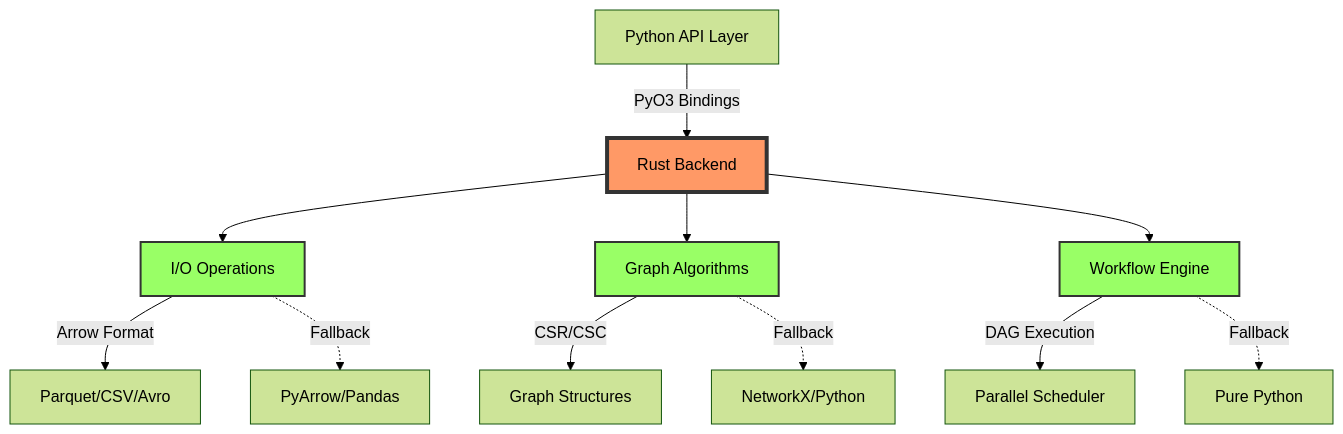
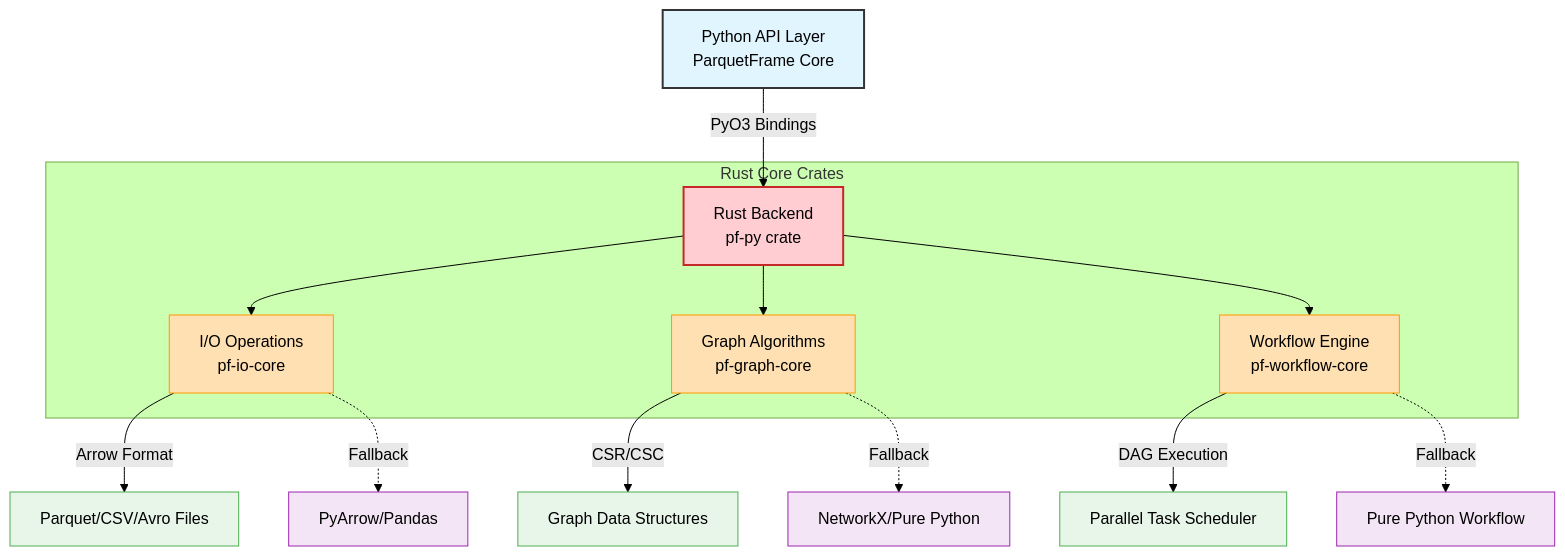
The diagram in docs/rust-acceleration/architecture.md (leechristophermurray/parquetframe), drawn with Mermaid (forest theme) before and after one commit. The commit also changed other lines of this file and 5 other files, not shown here.

First line of the commit message:
docs(rust): enhance Rust acceleration documentation with mermaid diagrams

````diff
--- a/docs/rust-acceleration/architecture.md
+++ b/docs/rust-acceleration/architecture.md
@@ -28,20 +27,30 @@
 ```mermaid
 graph TD
-    A[Python API Layer] -->|PyO3 Bindings| B[Rust Backend]
-    B --> C[I/O Operations]
-    B --> D[Graph Algorithms]
-    B --> E[Workflow Engine]
+    PythonAPI[Python API Layer<br/>ParquetFrame Core] -->|PyO3 Bindings| RustBackend[Rust Backend<br/>pf-py crate]
 
-    C -->|Arrow Format| F[Parquet/CSV/Avro]
-    D -->|CSR/CSC| G[Graph Structures]
-    E -->|DAG Execution| H[Parallel Scheduler]
+    subgraph Rust Core Crates
+        RustBackend --> IO[I/O Operations<br/>pf-io-core]
+        RustBackend --> Graph[Graph Algorithms<br/>pf-graph-core]
+        RustBackend --> Workflow[Workflow Engine<br/>pf-workflow-core]
+    end
 
-    C -.->|Fallback| I[PyArrow/Pandas]
-    D -.->|Fallback| J[NetworkX/Python]
-    E -.->|Fallback| K[Pure Python]
+    IO -->|Arrow Format| DataSources[Parquet/CSV/Avro Files]
+    Graph -->|CSR/CSC| GraphStructures[Graph Data Structures]
+    Workflow -->|DAG Execution| ParallelScheduler[Parallel Task Scheduler]
 
-    style B fill:#f96,stroke:#333,stroke-width:4px
-    style C fill:#9f6,stroke:#333,stroke-width:2px
-    style D fill:#9f6,stroke:#333,stroke-width:2px
-    style E fill:#9f6,stroke:#333,stroke-width:2px
+    IO -.->|Fallback| PyArrowPandas[PyArrow/Pandas]
+    Graph -.->|Fallback| NetworkXPython[NetworkX/Pure Python]
+    Workflow -.->|Fallback| PurePythonWorkflow[Pure Python Workflow]
+
+    style PythonAPI fill:#e1f5fe,stroke:#333,stroke-width:2px
+    style RustBackend fill:#ffcdd2,stroke:#c62828,stroke-width:2px
+    style IO fill:#ffe0b2,stroke:#ff9800,stroke-width:1px
+    style Graph fill:#ffe0b2,stroke:#ff9800,stroke-width:1px
+    style Workflow fill:#ffe0b2,stroke:#ff9800,stroke-width:1px
+    style DataSources fill:#e8f5e9,stroke:#4caf50,stroke-width:1px
+    style GraphStructures fill:#e8f5e9,stroke:#4caf50,stroke-width:1px
+    style ParallelScheduler fill:#e8f5e9,stroke:#4caf50,stroke-width:1px
+    style PyArrowPandas fill:#f3e5f5,stroke:#9c27b0,stroke-width:1px
+    style NetworkXPython fill:#f3e5f5,stroke:#9c27b0,stroke-width:1px
+    style PurePythonWorkflow fill:#f3e5f5,stroke:#9c27b0,stroke-width:1px
 ```
````
